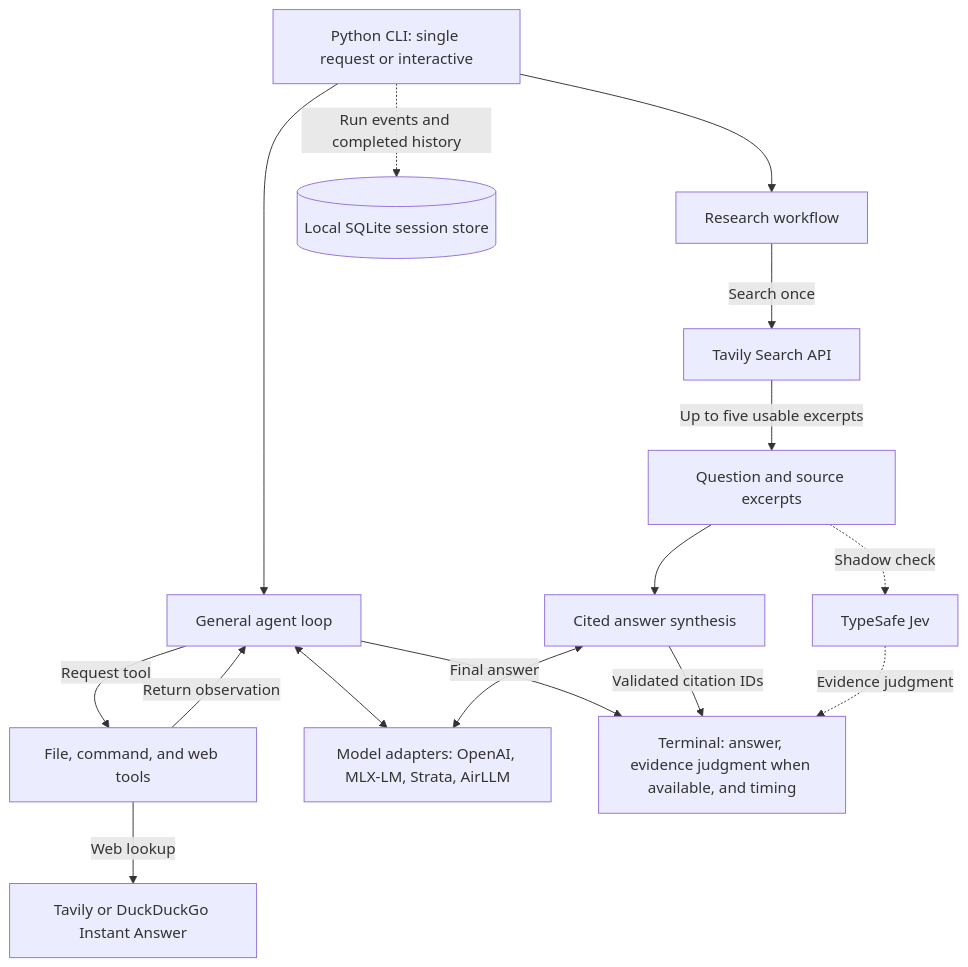
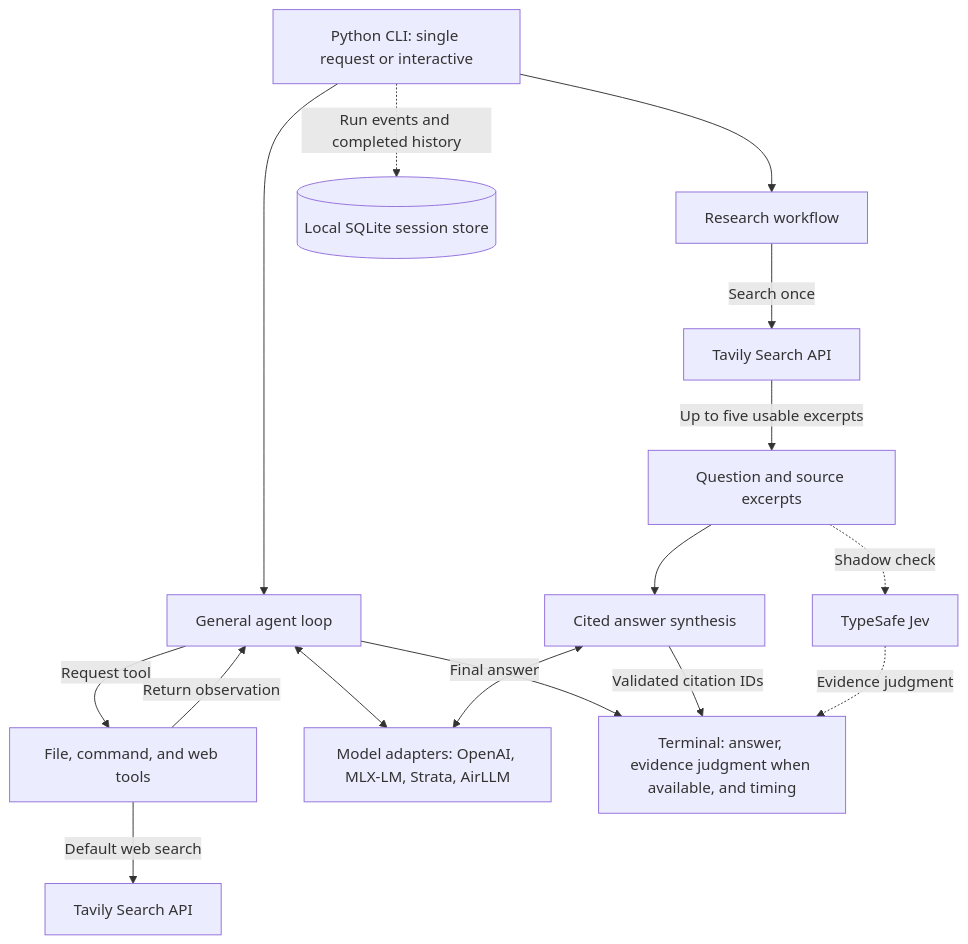
Before and after one commit to gordon-pusnik/inquiry-loop: the diagram in README.md, drawn with Mermaid. The commit also changed other lines of this file, not shown here.

Commit message:
Clarify Tavily search in README

````diff
--- a/README.md
+++ b/README.md
@@ -25,22 +25,22 @@
 ```mermaid
 flowchart TD
     CLI["Python CLI: single request or interactive"]
     CLI --> Agent["General agent loop"]
     CLI --> Research["Research workflow"]
 
     Agent -->|Request tool| Tools["File, command, and web tools"]
     Tools -->|Return observation| Agent
-    Tools -->|Web lookup| Web["Tavily or DuckDuckGo Instant Answer"]
+    Tools -->|Default web search| Web["Tavily Search API"]
     Agent <--> Models["Model adapters: OpenAI, MLX-LM, Strata, AirLLM"]
     Agent -->|Final answer| Output["Terminal: answer, evidence judgment when available, and timing"]
 
     Research -->|Search once| Tavily["Tavily Search API"]
     Tavily -->|Up to five usable excerpts| Evidence["Question and source excerpts"]
     Evidence --> Synthesis["Cited answer synthesis"]
     Synthesis <--> Models
     Synthesis -->|Validated citation IDs| Output
     Evidence -.->|Shadow check| Jev["TypeSafe Jev"]
     Jev -.->|Evidence judgment| Output
 
     CLI -.->|Run events and completed history| SQLite[("Local SQLite session store")]
 ```
````
